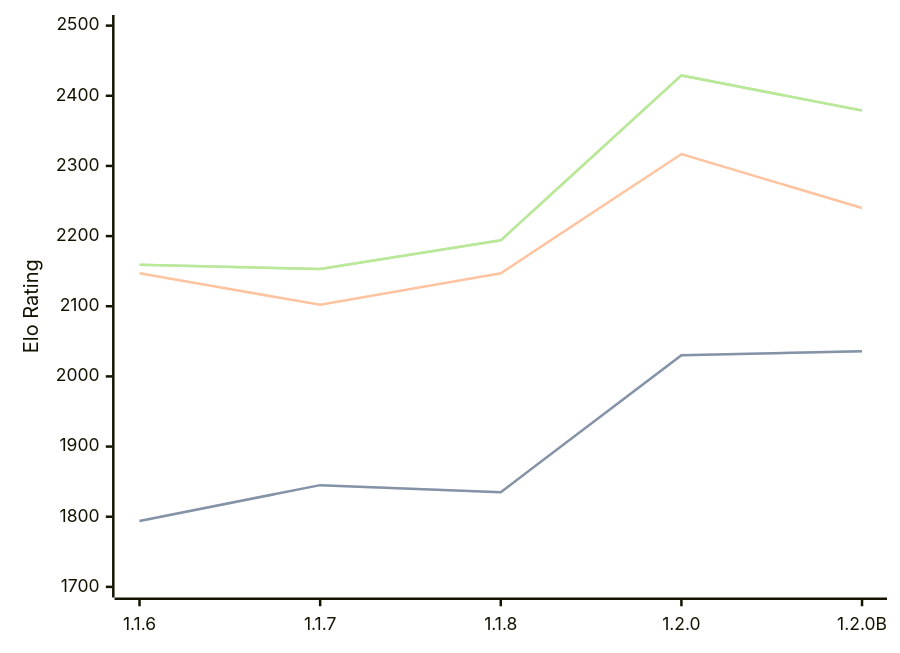
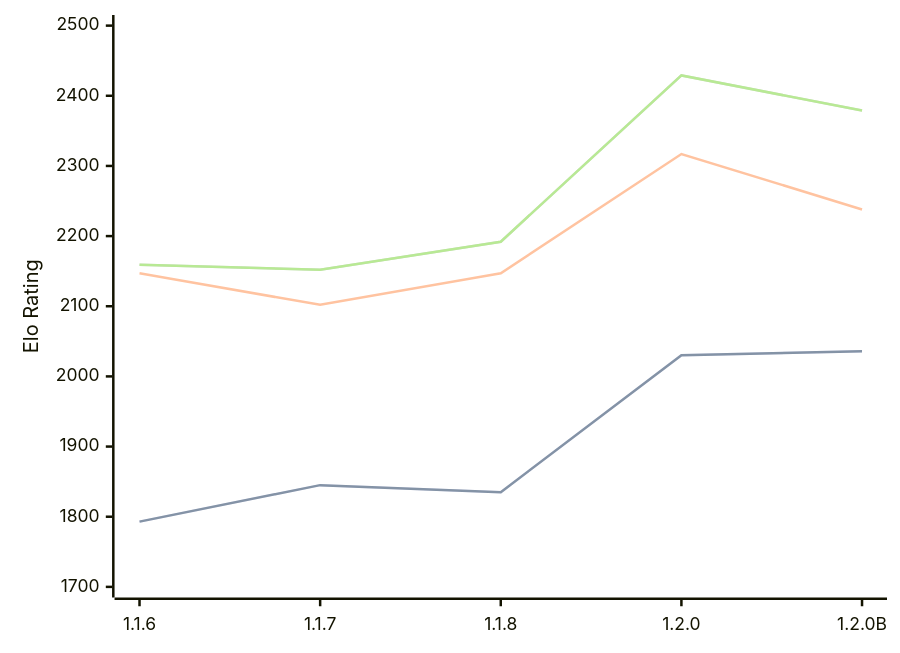
The diagram in engines/Soomi.md (computer-chess-index/cci), drawn with Mermaid before and after one commit. The commit also changed other lines of this file, not shown here.

Commit message:
Update CCI Ratings (ELO VLTC) - 2026-09-03

````diff
--- a/engines/Soomi.md
+++ b/engines/Soomi.md
@@ -35,11 +35,11 @@
 ```mermaid
 %%{init: {"theme":"base","themeVariables":{"seriesColors:['#a3a3a3','#222221','#faa371']}}}%%
 xychart-beta
   x-axis ["1.1.6", "1.1.7", "1.1.8", "1.2.0", "1.2.0B"]
   y-axis "Elo Rating" 1700 --> 2500
-  line "" [1794, 1845, 1835, 2030, 2036]
-  line "STC (8.0+0.08s)" [1794, 1845, 1835, 2030, 2036]
-  line "LTC (60.0+0.60s)" [2147, 2102, 2147, 2317, 2240]
-  line "" [2159, 2153, 2194, 2429, 2379]
-  line "VLTC (2m24s+1.12s)" [2159, 2153, 2194, 2429, 2379]
+  line "" [1793, 1845, 1835, 2030, 2036]
+  line "STC (8.0+0.08s)" [1793, 1845, 1835, 2030, 2036]
+  line "LTC (60.0+0.60s)" [2147, 2102, 2147, 2317, 2238]
+  line "" [2159, 2152, 2192, 2429, 2379]
+  line "VLTC (2m24s+1.12s)" [2159, 2152, 2192, 2429, 2379]
 ```
````
